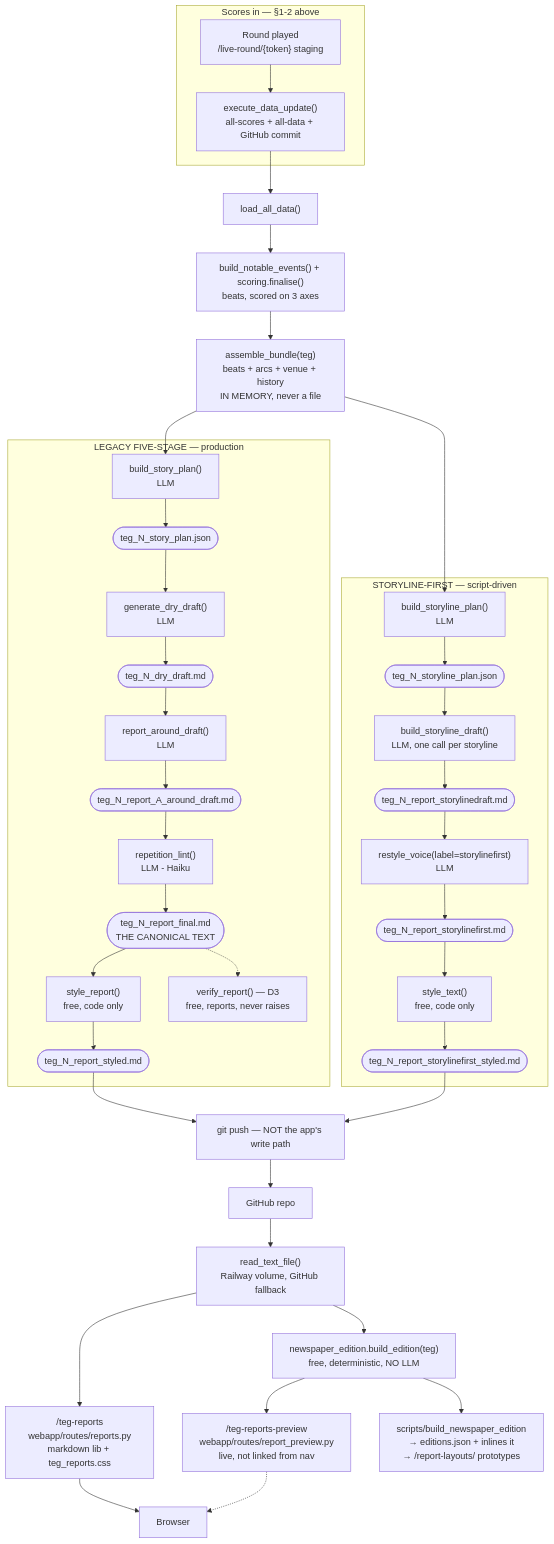
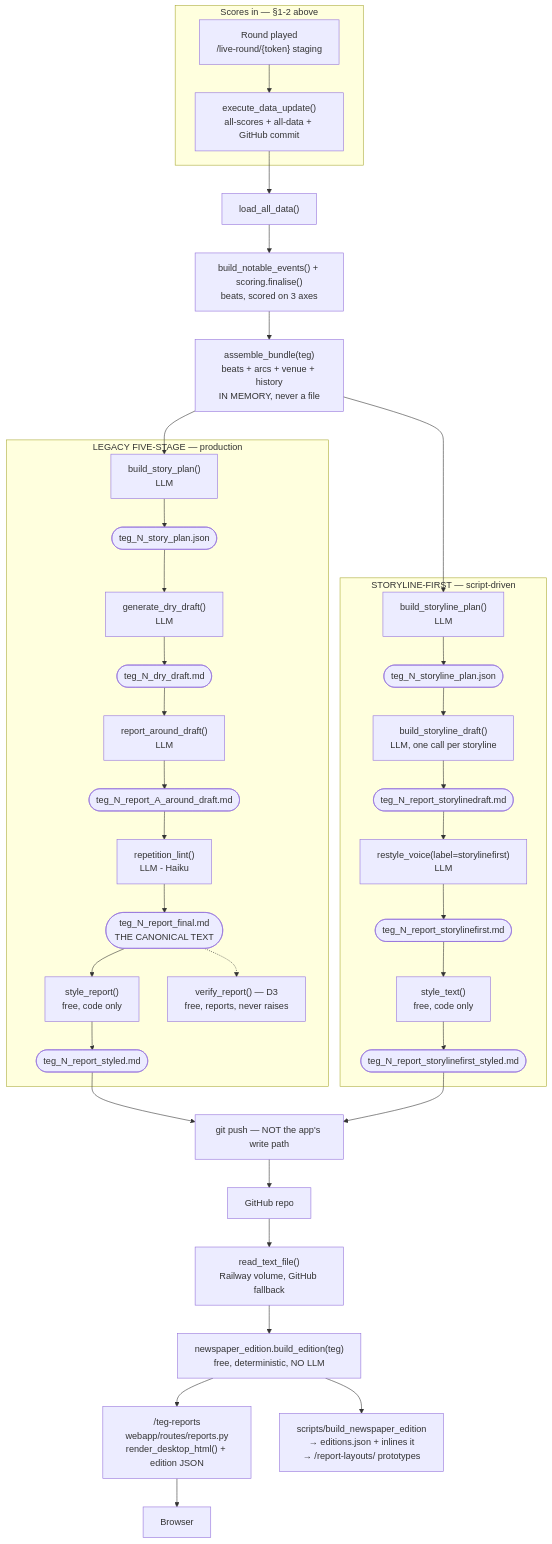
Before and after one commit to jonbaker99/teg_v2: the diagram in DATA_FLOW.md, drawn with Mermaid. The commit also changed other lines of this file and 330 other files, not shown here.

First line of the commit message:
Retire /teg-reports-preview into /teg-reports; archive superseded commentary artefacts

````diff
--- a/DATA_FLOW.md
+++ b/DATA_FLOW.md
@@ -355,43 +359,41 @@
 ```mermaid
 flowchart TD
     subgraph entry ["Scores in — §1-2 above"]
         A["Round played<br/>/live-round/{token} staging"] --> B["execute_data_update()<br/>all-scores + all-data + GitHub commit"]
     end
 
     B --> C["load_all_data()"]
     C --> D["build_notable_events() + scoring.finalise()<br/>beats, scored on 3 axes"]
     D --> E["assemble_bundle(teg)<br/>beats + arcs + venue + history<br/>IN MEMORY, never a file"]
 
     subgraph legacy ["LEGACY FIVE-STAGE — production"]
         L1["build_story_plan()<br/>LLM"] --> L1f(["teg_N_story_plan.json"])
         L1f --> L2["generate_dry_draft()<br/>LLM"] --> L2f(["teg_N_dry_draft.md"])
         L2f --> L3["report_around_draft()<br/>LLM"] --> L3f(["teg_N_report_A_around_draft.md"])
         L3f --> L4["repetition_lint()<br/>LLM - Haiku"] --> L4f(["teg_N_report_final.md<br/>THE CANONICAL TEXT"])
         L4f --> L5["style_report()<br/>free, code only"] --> L5f(["teg_N_report_styled.md"])
         L4f -.-> LV["verify_report() — D3<br/>free, reports, never raises"]
     end
 
     subgraph storyline ["STORYLINE-FIRST — script-driven"]
         S1["build_storyline_plan()<br/>LLM"] --> S1f(["teg_N_storyline_plan.json"])
         S1f --> S2["build_storyline_draft()<br/>LLM, one call per storyline"] --> S2f(["teg_N_report_storylinedraft.md"])
         S2f --> S3["restyle_voice(label=storylinefirst)<br/>LLM"] --> S3f(["teg_N_report_storylinefirst.md"])
         S3f --> S4["style_text()<br/>free, code only"] --> S4f(["teg_N_report_storylinefirst_styled.md"])
     end
 
     E --> L1
     E --> S1
 
     L5f --> P["git push — NOT the app's write path"]
     S4f --> P
     P --> G["GitHub repo"]
     G --> R["read_text_file()<br/>Railway volume, GitHub fallback"]
 
-    R --> W1["/teg-reports<br/>webapp/routes/reports.py<br/>markdown lib + teg_reports.css"]
     R --> NE["newspaper_edition.build_edition(teg)<br/>free, deterministic, NO LLM"]
 
-    NE --> W2["/teg-reports-preview<br/>webapp/routes/report_preview.py<br/>live, not linked from nav"]
+    NE --> W1["/teg-reports<br/>webapp/routes/reports.py<br/>render_desktop_html() + edition JSON"]
     NE --> PR["scripts/build_newspaper_edition<br/>→ editions.json + inlines it<br/>→ /report-layouts/ prototypes"]
 
     W1 --> BR["Browser"]
-    W2 -.-> BR
 ```
````
